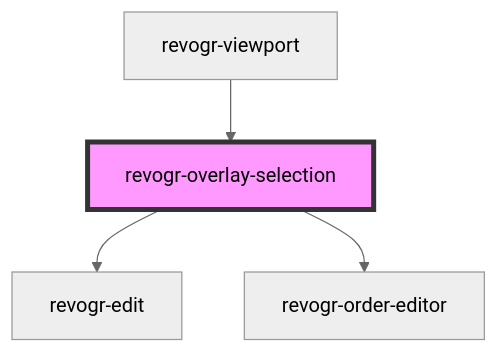
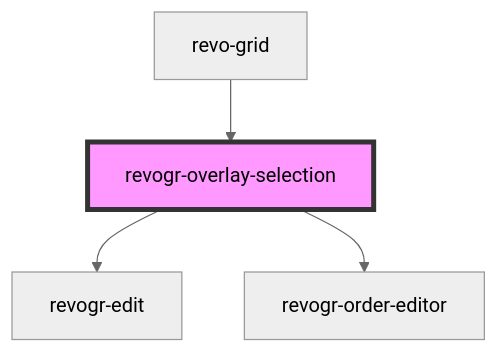
One commit to revolist/revogrid changed the diagram in src/components/overlay/readme.md. Above: the diagram before and after it, drawn with Mermaid (neutral theme). The commit also changed other lines of this file and 41 other files, not shown here.

````diff
--- a/src/components/overlay/readme.md
+++ b/src/components/overlay/readme.md
@@ -52,7 +52,7 @@
 ```mermaid
 graph TD;
   revogr-overlay-selection --> revogr-edit
   revogr-overlay-selection --> revogr-order-editor
-  revogr-viewport --> revogr-overlay-selection
+  revo-grid --> revogr-overlay-selection
   style revogr-overlay-selection fill:#f9f,stroke:#333,stroke-width:4px
 ```
````
